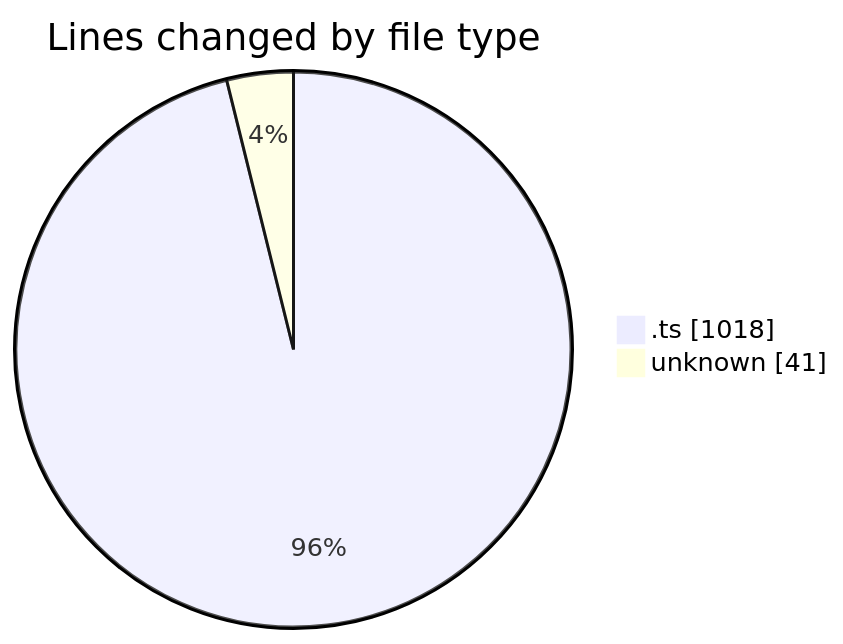
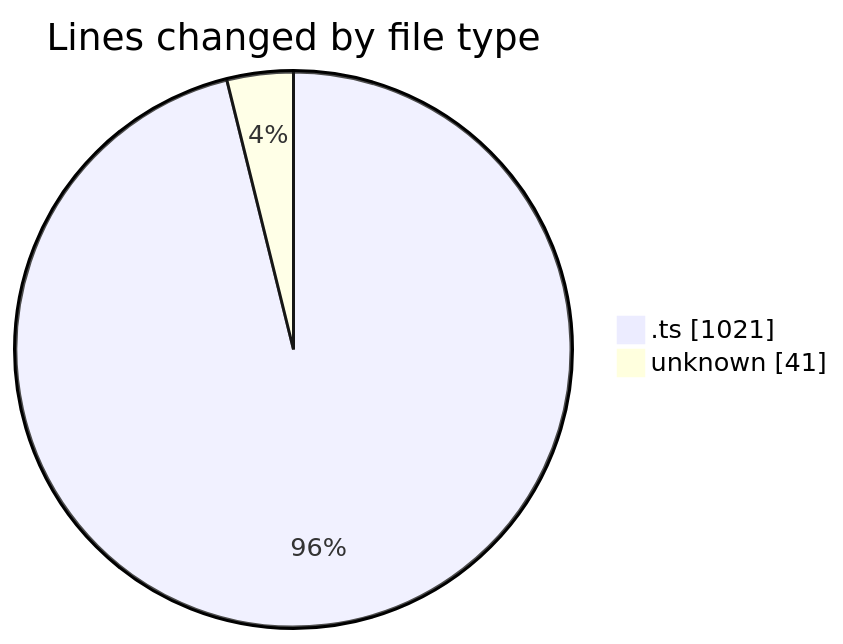
Before and after one commit to momahboobian/code-tracking: the first of 2 diagrams in 2025-08-11/cda/README.md, drawn with Mermaid. The commit also changed other lines of this file and 1 other file, not shown here.

````diff
--- a/2025-08-11/cda/README.md
+++ b/2025-08-11/cda/README.md
@@ -23,6 +23,6 @@
 ```mermaid
 pie showData
 title Lines changed by file type
-".ts" : 1018
+".ts" : 1021
 "unknown" : 41
 ```
````
